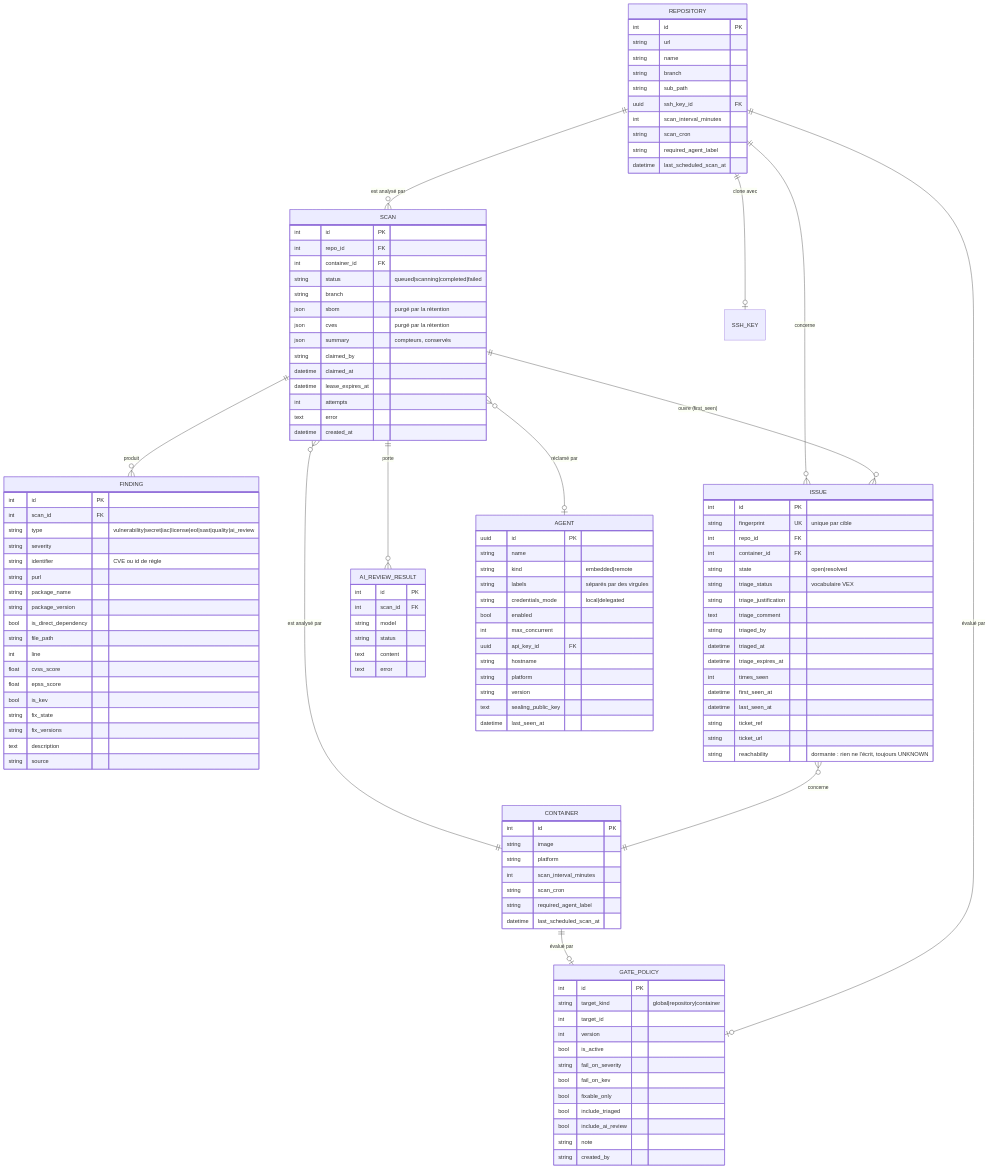
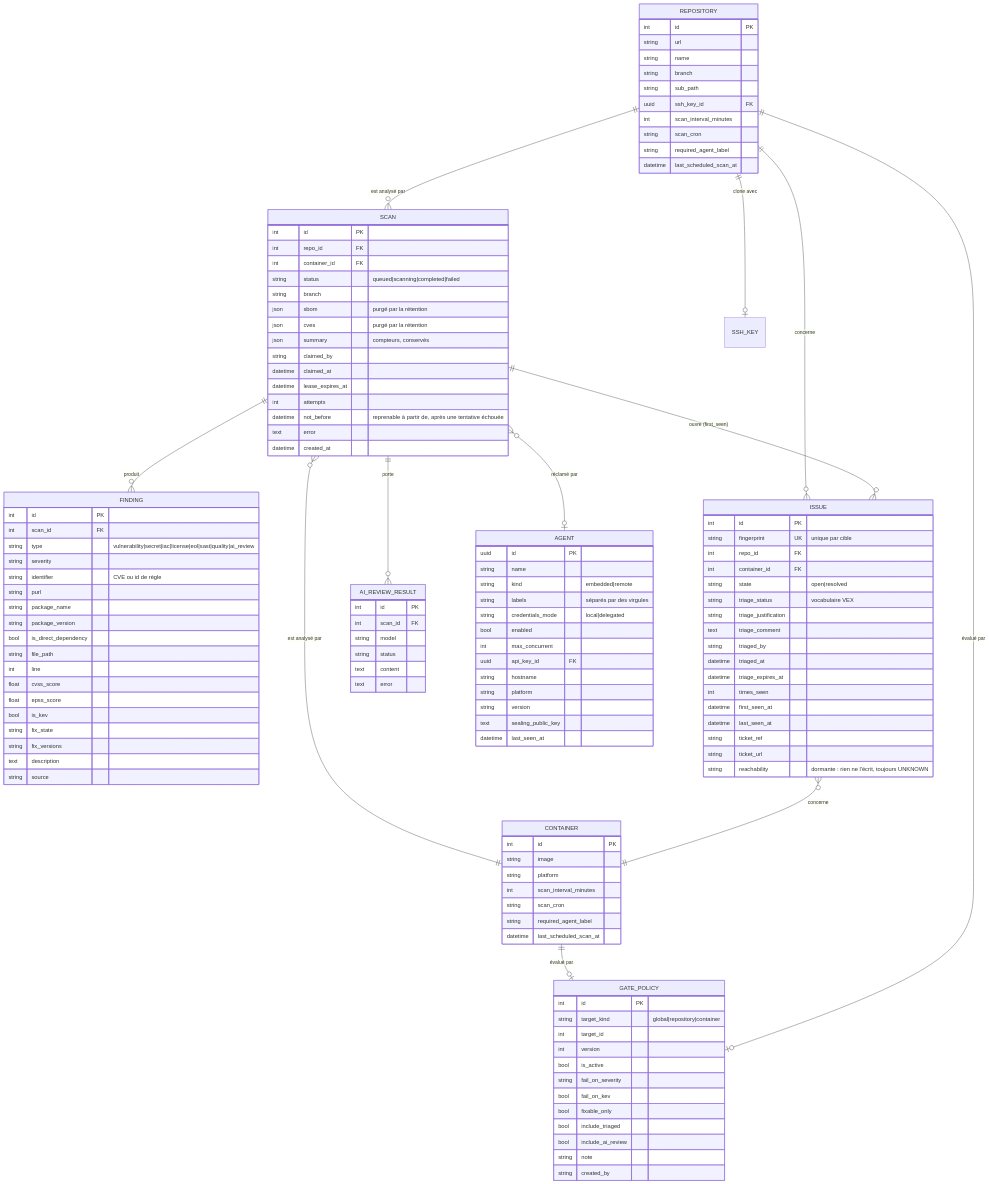
One commit to asmolabs/vectispire changed the second of 3 diagrams in docs/fr/TECHNICAL_DOCUMENTATION.fr.md. Above: the diagram before and after it, drawn with Mermaid. The commit also changed 13 other files, not shown here.

```diff
--- a/docs/fr/TECHNICAL_DOCUMENTATION.fr.md
+++ b/docs/fr/TECHNICAL_DOCUMENTATION.fr.md
@@ -159,6 +159,7 @@
         datetime claimed_at
         datetime lease_expires_at
         int attempts
+        datetime not_before "reprenable à partir de, après une tentative échouée"
         text error
         datetime created_at
     }
```
